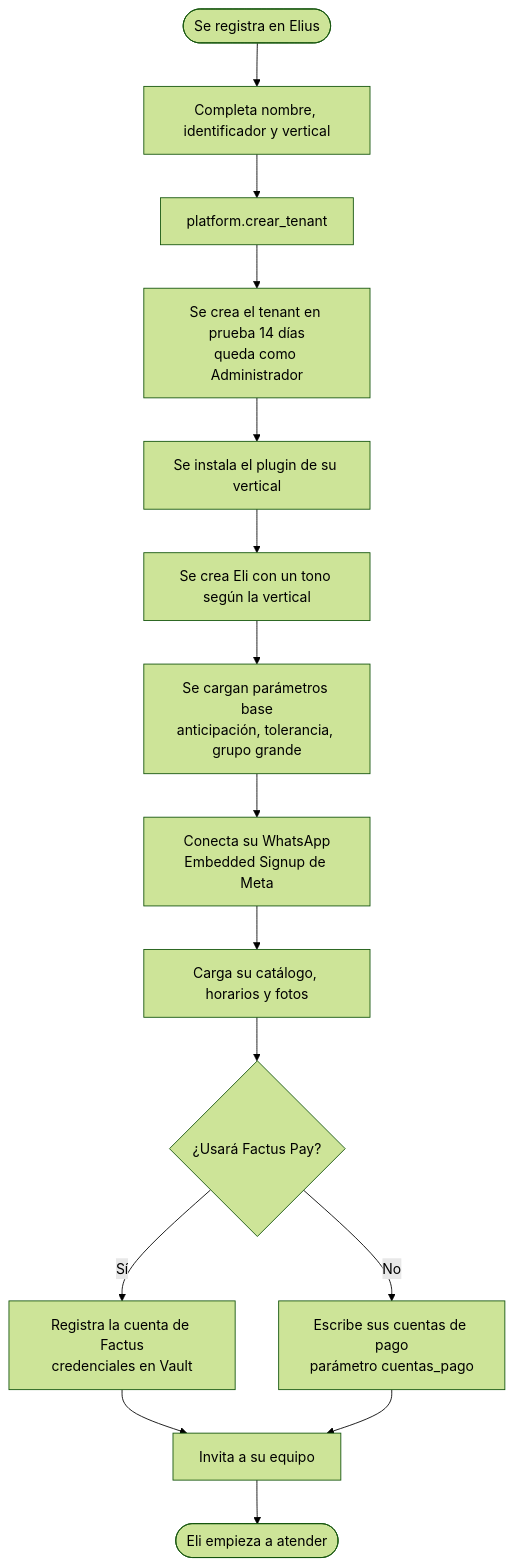
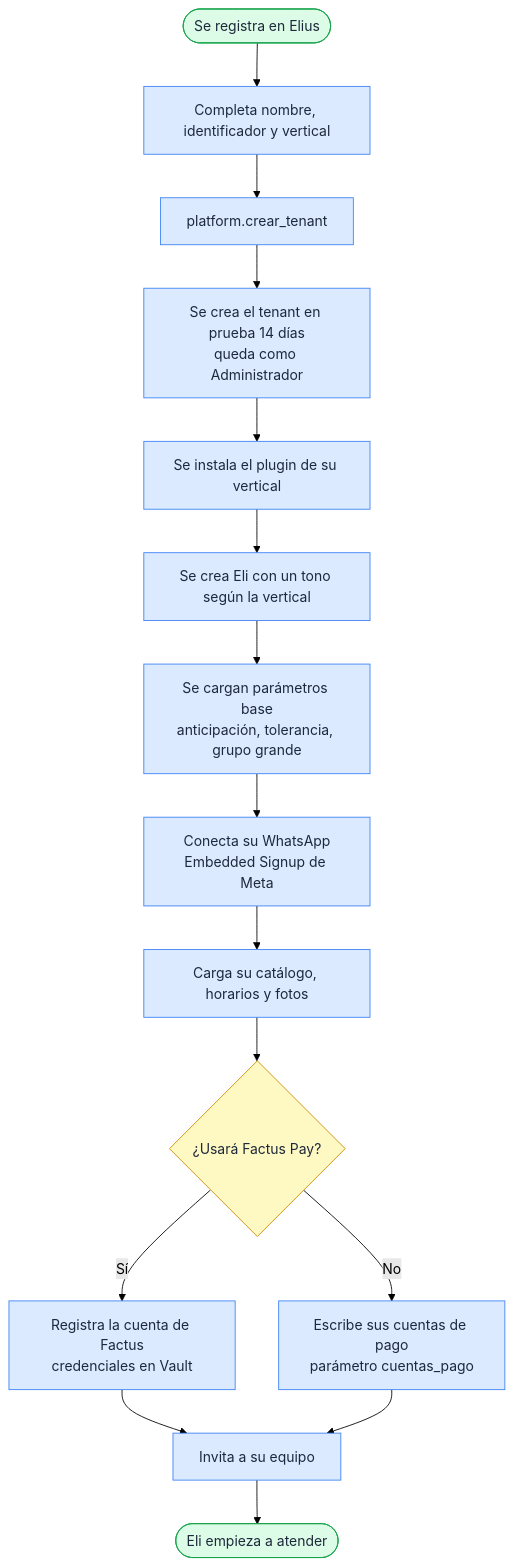
One commit to svzapatac/Elius changed the first of 2 diagrams in docs/03_flujos_usuario/02_panel_administrador.md. Above: the diagram before and after it, drawn with Mermaid (forest theme). The commit also changed other lines of this file and 46 other files, not shown here.

````diff
--- a/docs/03_flujos_usuario/02_panel_administrador.md
+++ b/docs/03_flujos_usuario/02_panel_administrador.md
@@ -5,17 +5,22 @@
 ```mermaid
 flowchart TD
   A([Se registra en Elius]) --> B[Completa nombre, identificador y vertical]
   B --> C[platform.crear_tenant]
   C --> D[Se crea el tenant en prueba 14 días<br/>queda como Administrador]
   D --> E[Se instala el plugin de su vertical]
   E --> F[Se crea Eli con un tono según la vertical]
   F --> G[Se cargan parámetros base<br/>anticipación, tolerancia, grupo grande]
   G --> H[Conecta su WhatsApp<br/>Embedded Signup de Meta]
   H --> I[Carga su catálogo, horarios y fotos]
   I --> J{¿Usará Factus Pay?}
   J -- Sí --> K[Registra la cuenta de Factus<br/>credenciales en Vault]
   J -- No --> L[Escribe sus cuentas de pago<br/>parámetro cuentas_pago]
   K --> M[Invita a su equipo]
   L --> M
   M --> N([Eli empieza a atender])
+  classDef default fill:#dbeafe,stroke:#3b82f6,color:#1e293b
+  classDef dec fill:#fef9c3,stroke:#ca8a04,color:#1e293b
+  classDef ok fill:#dcfce7,stroke:#16a34a,color:#1e293b
+  class J dec
+  class A,N ok
 ```
````
